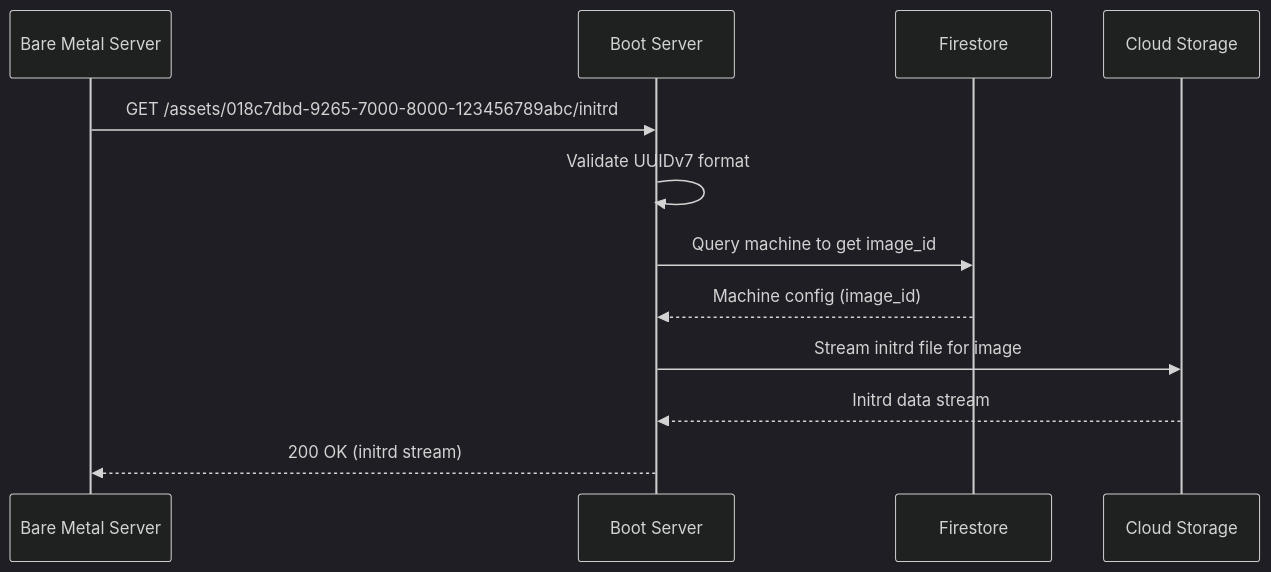
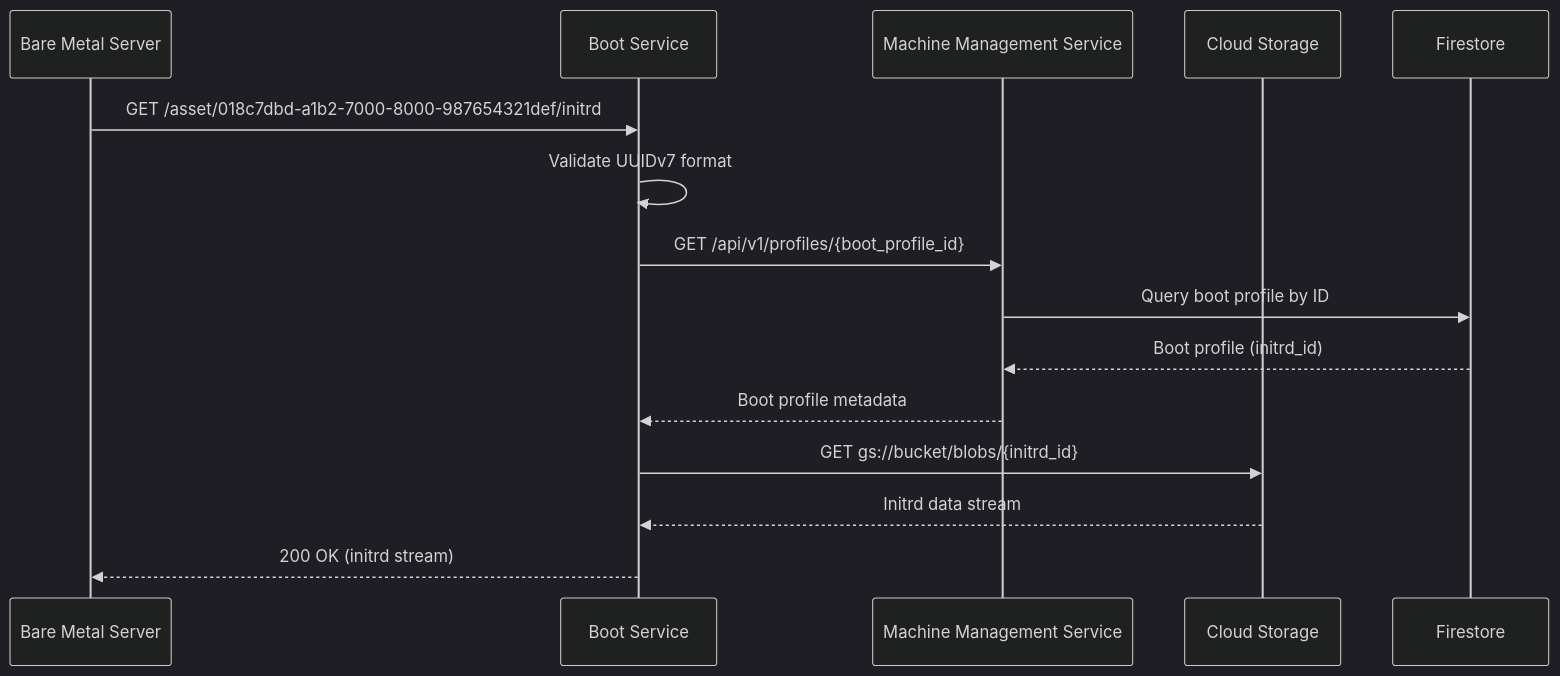
Before and after one commit to Zaba505/infra: the third of 3 diagrams in docs/content/r&d/services/boot/uefi-boot-endpoints.md, drawn with Mermaid (dark theme). The commit also changed other lines of this file and 4 other files, not shown here.

Commit message:
docs(issue-605): simplify flow

````diff
--- a/docs/content/r&d/services/boot/uefi-boot-endpoints.md
+++ b/docs/content/r&d/services/boot/uefi-boot-endpoints.md
@@ -156,15 +163,18 @@
 ```mermaid
 sequenceDiagram
     participant Client as Bare Metal Server
-    participant Boot as Boot Server
+    participant Boot as Boot Service
+    participant MgmtAPI as Machine Management Service
+    participant Storage as Cloud Storage
     participant DB as Firestore
-    participant Storage as Cloud Storage
     
-    Client->>Boot: GET /assets/018c7dbd-9265-7000-8000-123456789abc/initrd
+    Client->>Boot: GET /asset/018c7dbd-a1b2-7000-8000-987654321def/initrd
     Boot->>Boot: Validate UUIDv7 format
-    Boot->>DB: Query machine to get image_id
-    DB-->>Boot: Machine config (image_id)
-    Boot->>Storage: Stream initrd file for image
+    Boot->>MgmtAPI: GET /api/v1/profiles/{boot_profile_id}
+    MgmtAPI->>DB: Query boot profile by ID
+    DB-->>MgmtAPI: Boot profile (initrd_id)
+    MgmtAPI-->>Boot: Boot profile metadata
+    Boot->>Storage: GET gs://bucket/blobs/{initrd_id}
     Storage-->>Boot: Initrd data stream
     Boot-->>Client: 200 OK (initrd stream)
 ```
````
